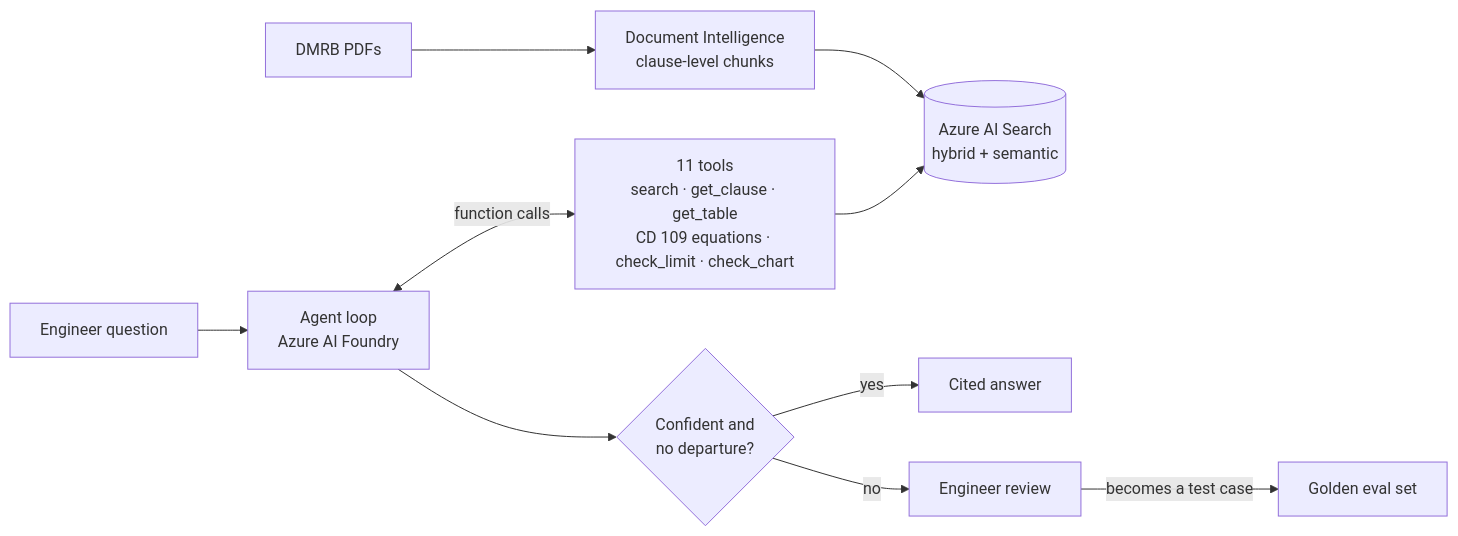
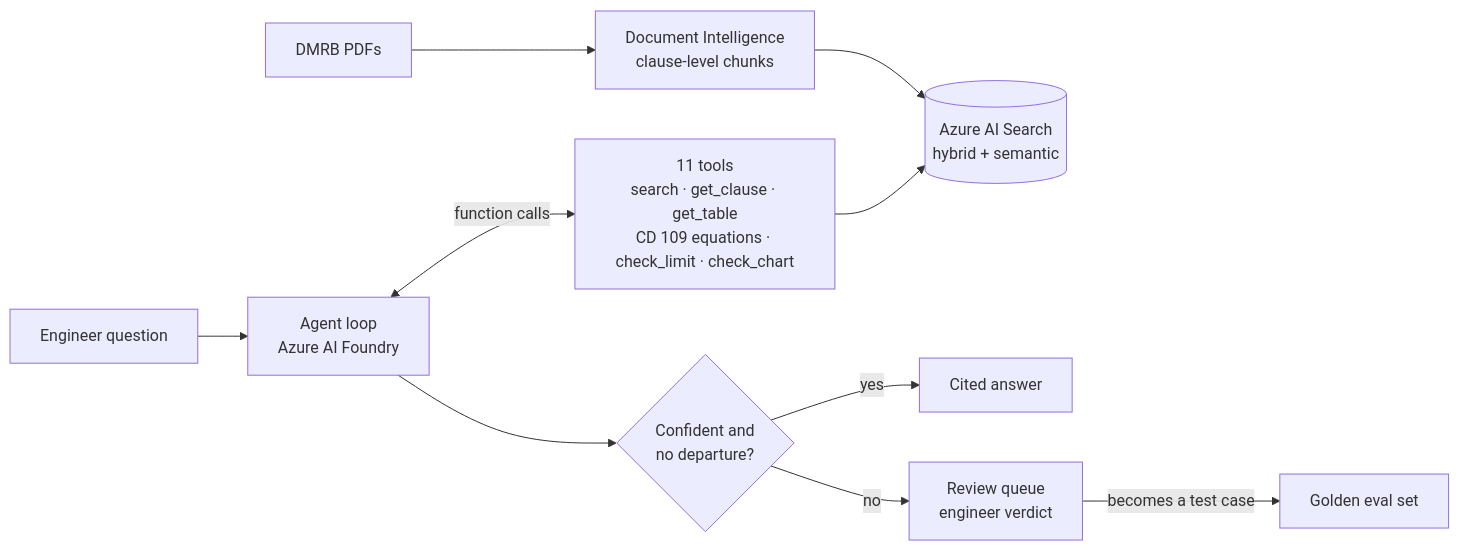
Before and after one commit to benw312/dmrb-standards-assistant: the diagram in README.md, drawn with Mermaid. The commit also changed other lines of this file and 21 other files, not shown here.

First line of the commit message:
feat: engineer review queue; verdicts become golden-set candidates (Phase 5)

````diff
--- a/README.md
+++ b/README.md
@@ -18,12 +18,12 @@
 ```mermaid
 flowchart LR
     PDF[DMRB PDFs] --> DI[Document Intelligence<br/>clause-level chunks]
     DI --> AIS[(Azure AI Search<br/>hybrid + semantic)]
     Q[Engineer question] --> AG[Agent loop<br/>Azure AI Foundry]
     AG <-->|function calls| T[11 tools<br/>search · get_clause · get_table<br/>CD 109 equations · check_limit · check_chart]
     T --> AIS
     AG --> G{Confident and<br/>no departure?}
     G -->|yes| A[Cited answer]
-    G -->|no| R[Engineer review]
+    G -->|no| R[Review queue<br/>engineer verdict]
     R -->|becomes a test case| E[Golden eval set]
 ```
````
